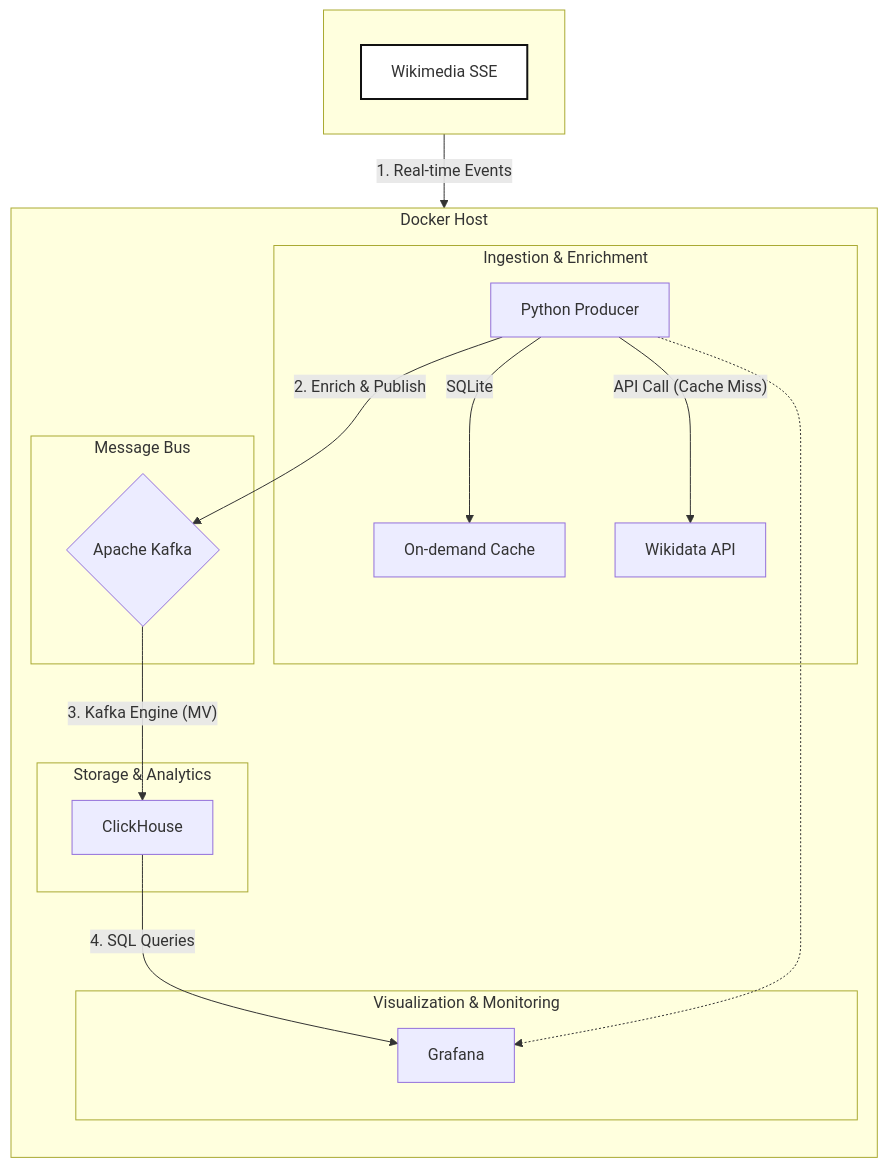
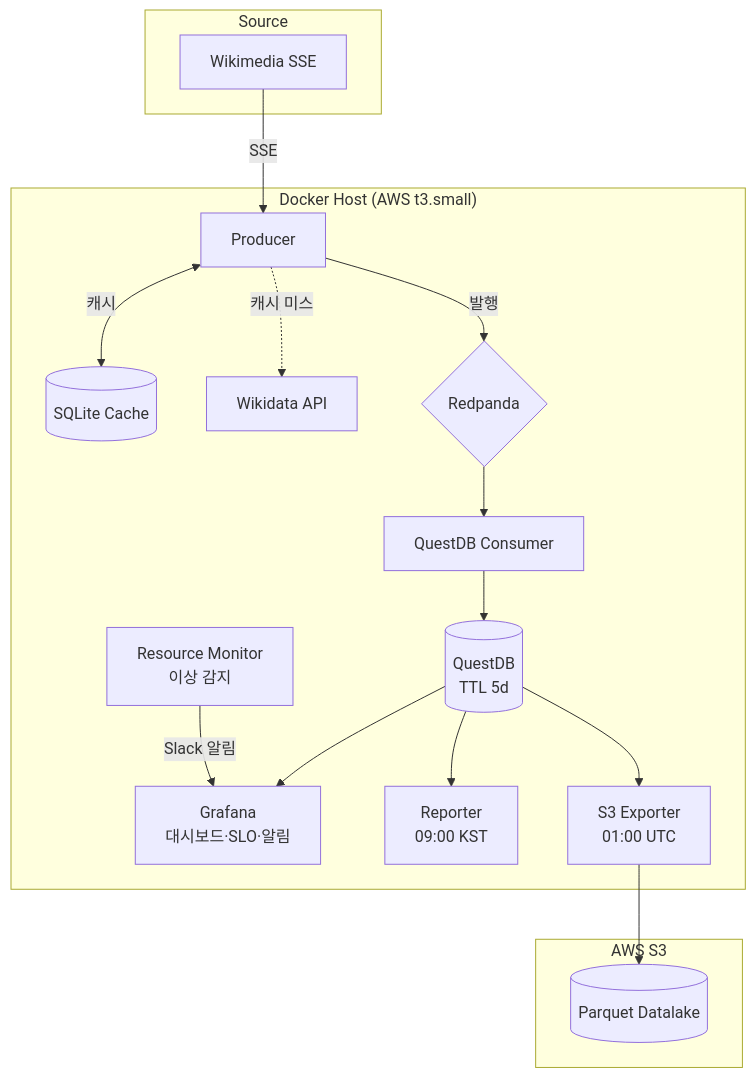
One commit to binnini/wikiStreams changed the diagram in README.md. Above: the diagram before and after it, drawn with Mermaid. The commit also changed other lines of this file, not shown here.

````diff
--- a/README.md
+++ b/README.md
@@ -11,38 +23,33 @@
 ```mermaid
 graph TD
-    subgraph " "
-        direction LR
-        A[<fa:fa-globe> Wikimedia SSE]
+    subgraph Source
+        A[Wikimedia SSE]
     end
 
-    subgraph "Docker Host"
-        direction TB
-
-        subgraph "Ingestion & Enrichment"
-            B[<fa:fa-brands fa-python> Python Producer] -- "SQLite" --> C[<fa:fa-database> On-demand Cache]
-            B -- "API Call (Cache Miss)" --> D[<fa:fa-server> Wikidata API]
-        end
-
-        subgraph "Message Bus"
-            E{<fa:fa-layer-group> Apache Kafka}
-        end
-
-        subgraph "Storage & Analytics"
-            F[<fa:fa-bolt> ClickHouse]
-        end
-
-        subgraph "Visualization & Monitoring"
-            G[<fa:fa-chart-simple> Grafana]
-        end
+    subgraph "Docker Host (AWS t3.small)"
+        B[Producer]
+        C[(SQLite Cache)]
+        D[Wikidata API]
+        E{Redpanda}
+        F[(QuestDB\nTTL 5d)]
+        G[QuestDB Consumer]
+        H[Grafana\n대시보드·SLO·알림]
+        I[Reporter\n09:00 KST]
+        J[Resource Monitor\n이상 감지]
+        K[S3 Exporter\n01:00 UTC]
     end
 
-    %% Data Flow
-    A -- "1. Real-time Events" --> B
-    B -- "2. Enrich & Publish" --> E
-    E -- "3. Kafka Engine (MV)" --> F
-    F -- "4. SQL Queries" --> G
-    B -.-> G
+    subgraph "AWS S3"
+        L[(Parquet Datalake)]
+    end
 
-    %% Styling
-    style A fill:#fff,stroke:#111,stroke-width:2px
+    A -->|SSE| B
+    B <-->|캐시| C
+    B -.->|캐시 미스| D
+    B -->|발행| E
+    E --> G --> F
+    F --> H
+    F --> I
+    F --> K --> L
+    J -->|Slack 알림| H
 ```
````
